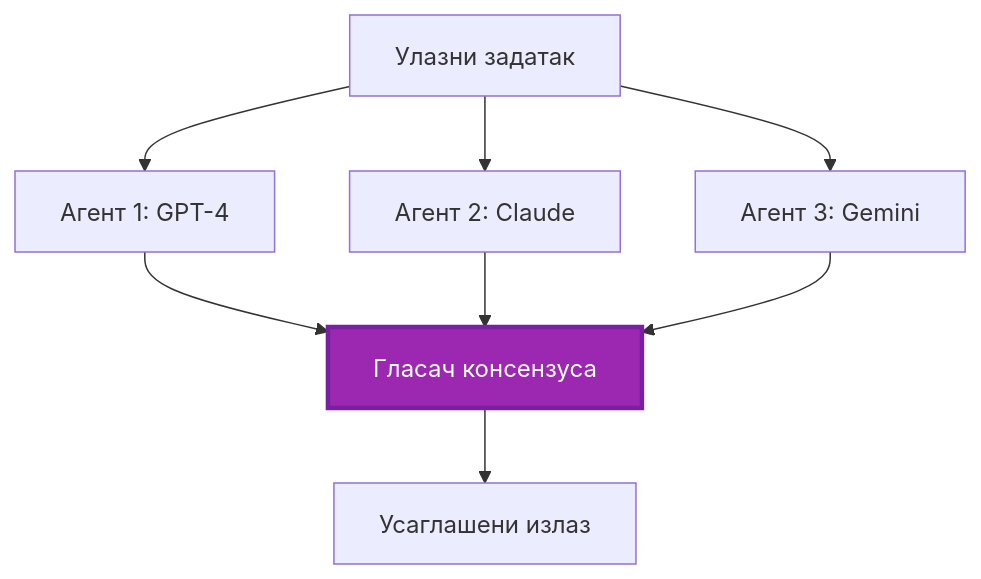
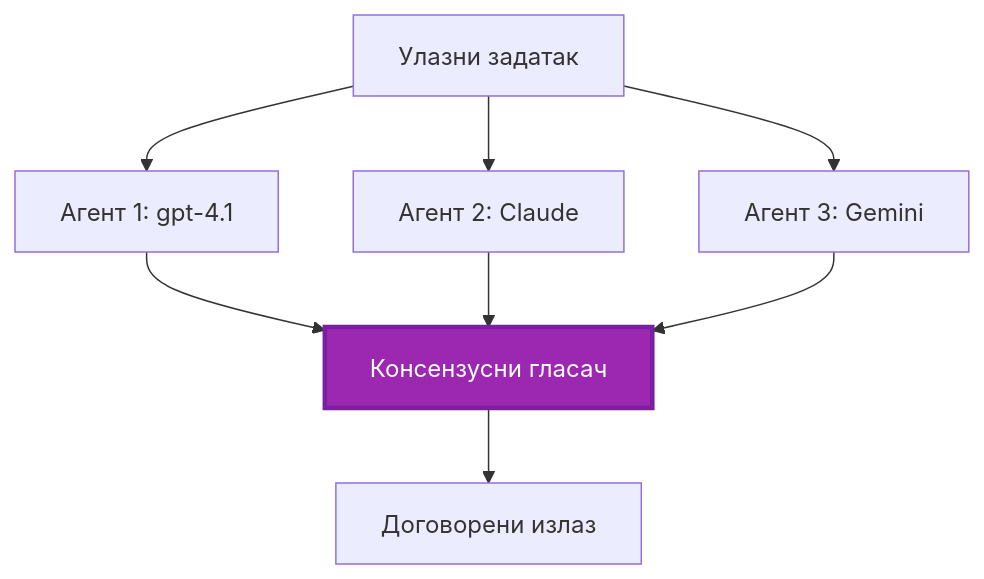
One commit to microsoft/AZD-for-beginners changed the fourth of 5 diagrams in translations/sr/docs/chapter-06-pre-deployment/coordination-patterns.md. Above: the diagram before and after it, drawn with Mermaid. The commit also changed other lines of this file and 101 other files, not shown here.

````diff
--- a/translations/sr/docs/chapter-06-pre-deployment/coordination-patterns.md
+++ b/translations/sr/docs/chapter-06-pre-deployment/coordination-patterns.md
@@ -231,19 +225,19 @@
 ```mermaid
 graph TB
     Input[Улазни задатак]
-    Agent1[Агент 1: GPT-4]
+    Agent1[Агент 1: gpt-4.1]
     Agent2[Агент 2: Claude]
     Agent3[Агент 3: Gemini]
-    Voter[Гласач консензуса]
-    Output[Усаглашени излаз]
+    Voter[Консензусни гласач]
+    Output[Договорени излаз]
     
     Input --> Agent1
     Input --> Agent2
     Input --> Agent3
     Agent1 --> Voter
     Agent2 --> Voter
     Agent3 --> Voter
     Voter --> Output
     
     style Voter fill:#9C27B0,stroke:#7B1FA2,stroke-width:3px,color:#fff
 ```
````
